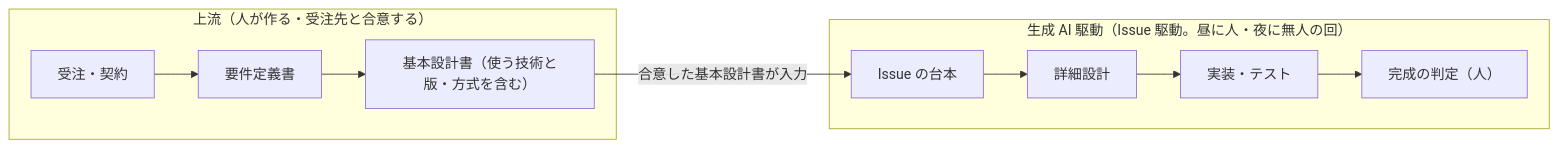
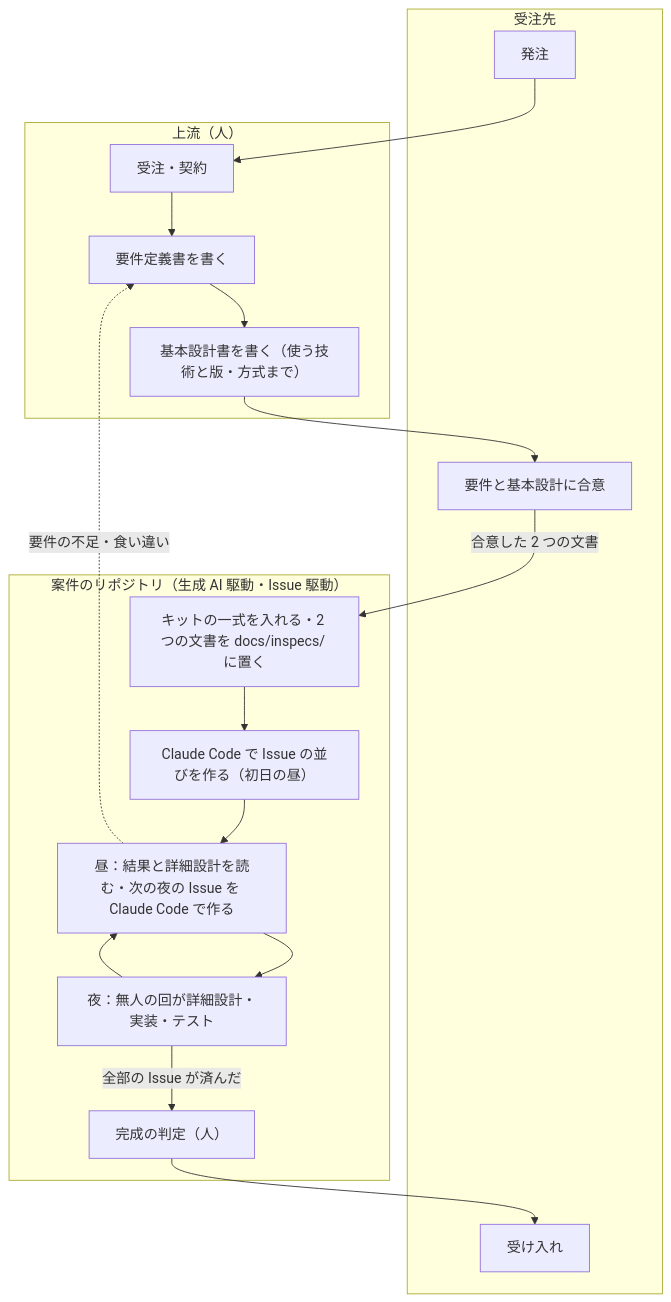
Before and after one commit to kaedeasset/issue-driven-kit: the diagram in docs/guides/working/examples/README.md, drawn with Mermaid. The commit also changed other lines of this file and 10 other files, not shown here.

````diff
--- a/docs/guides/working/examples/README.md
+++ b/docs/guides/working/examples/README.md
@@ -30,10 +30,24 @@
 ```mermaid
-flowchart LR
-    subgraph U["上流（人が作る・受注先と合意する）"]
-        O["受注・契約"] --> R["要件定義書"] --> B["基本設計書（使う技術と版・方式を含む）"]
+flowchart TD
+    subgraph C["受注先"]
+        C1["発注"]
+        C2["要件と基本設計に合意"]
+        C3["受け入れ"]
     end
-    subgraph G["生成 AI 駆動（Issue 駆動。昼に人・夜に無人の回）"]
-        I["Issue の台本"] --> D["詳細設計"] --> C["実装・テスト"] --> P["完成の判定（人）"]
+    subgraph H["上流（人）"]
+        H1["受注・契約"]
+        H2["要件定義書を書く"]
+        H3["基本設計書を書く（使う技術と版・方式まで）"]
     end
-    B -->|"合意した基本設計書が入力"| I
+    subgraph R["案件のリポジトリ（生成 AI 駆動・Issue 駆動）"]
+        R1["キットの一式を入れる・2 つの文書を docs/inspecs/ に置く"]
+        R2["Claude Code で Issue の並びを作る（初日の昼）"]
+        R3["昼：結果と詳細設計を読む・次の夜の Issue を Claude Code で作る"]
+        R4["夜：無人の回が詳細設計・実装・テスト"]
+        R5["完成の判定（人）"]
+    end
+    C1 --> H1 --> H2 --> H3 --> C2
+    C2 -->|"合意した 2 つの文書"| R1 --> R2 --> R3 --> R4 --> R3
+    R4 -->|"全部の Issue が済んだ"| R5 --> C3
+    R3 -.->|"要件の不足・食い違い"| H2
 ```
````
